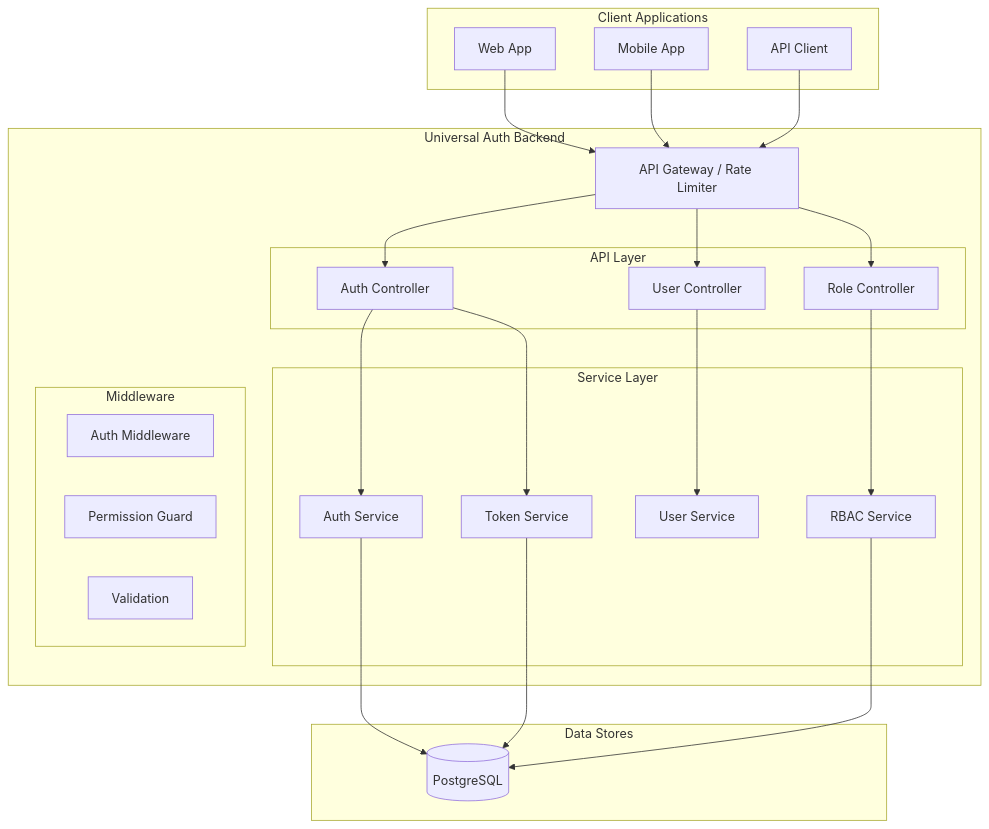
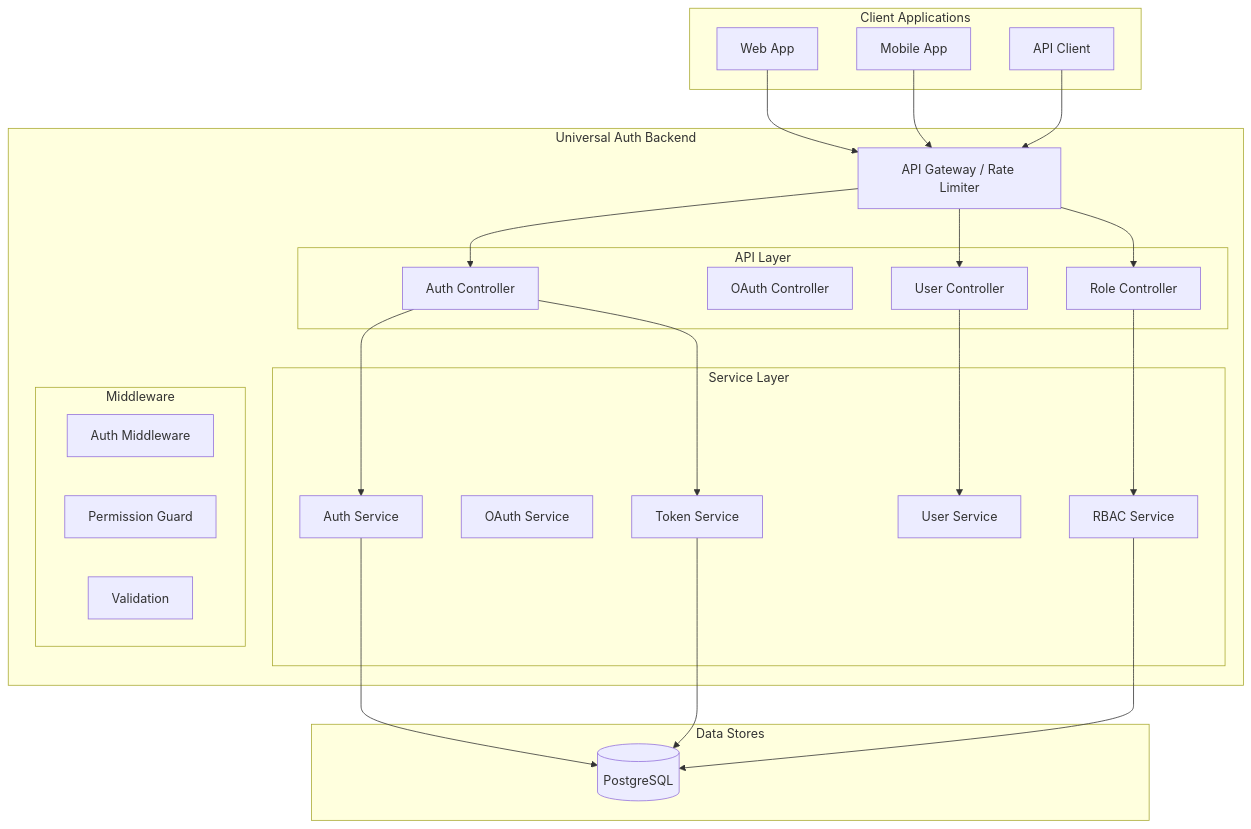
The first of 2 diagrams in README.md (kursat-dev/Universal-Authentication-Backend), drawn with Mermaid before and after one commit. The commit also changed other lines of this file and 3 other files, not shown here.

````diff
--- a/README.md
+++ b/README.md
@@ -53,52 +54,54 @@
 ```mermaid
 graph TB
     subgraph "Client Applications"
         WEB[Web App]
         MOBILE[Mobile App]
         API_CLIENT[API Client]
     end
     
     subgraph "Universal Auth Backend"
         GATEWAY[API Gateway / Rate Limiter]
         
         subgraph "API Layer"
             AUTH_CTRL[Auth Controller]
+            OAUTH_CTRL[OAuth Controller]
             USER_CTRL[User Controller]
             ROLE_CTRL[Role Controller]
         end
         
         subgraph "Service Layer"
             AUTH_SVC[Auth Service]
+            OAUTH_SVC[OAuth Service]
             TOKEN_SVC[Token Service]
             USER_SVC[User Service]
             RBAC_SVC[RBAC Service]
         end
         
         subgraph "Middleware"
             AUTH_MW[Auth Middleware]
             RBAC_MW[Permission Guard]
             VALIDATE_MW[Validation]
         end
     end
     
     subgraph "Data Stores"
         PG[(PostgreSQL)]
     end
     
     WEB --> GATEWAY
     MOBILE --> GATEWAY
     API_CLIENT --> GATEWAY
     
     GATEWAY --> AUTH_CTRL
     GATEWAY --> USER_CTRL
     GATEWAY --> ROLE_CTRL
     
     AUTH_CTRL --> AUTH_SVC
     AUTH_CTRL --> TOKEN_SVC
     USER_CTRL --> USER_SVC
     ROLE_CTRL --> RBAC_SVC
     
     AUTH_SVC --> PG
     TOKEN_SVC --> PG
     RBAC_SVC --> PG
 ```
````
